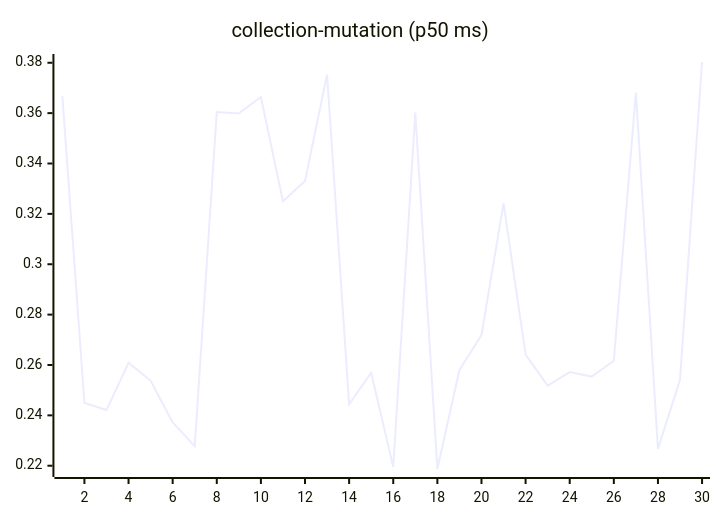
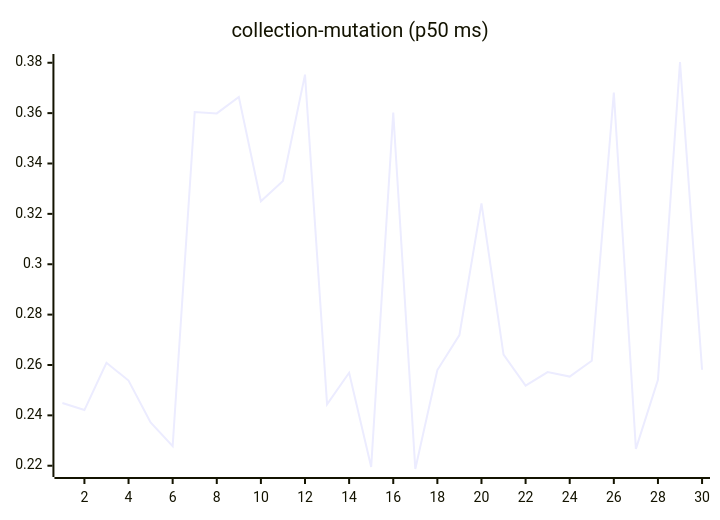
Before and after one commit to josha/Facet: the sixth of 27 diagrams in README.md, drawn with Mermaid. The commit also changed other lines of this file and 2 other files, not shown here.

````diff
--- a/README.md
+++ b/README.md
@@ -98,6 +98,6 @@
 ```mermaid
 xychart-beta
     title "collection-mutation (p50 ms)"
     x-axis 1 --> 30
-    line [0.3667, 0.2449, 0.2421, 0.2609, 0.2538, 0.2372, 0.2278, 0.3604, 0.3599, 0.3664, 0.3250, 0.3331, 0.3753, 0.2444, 0.2569, 0.2195, 0.3602, 0.2187, 0.2580, 0.2719, 0.3242, 0.2641, 0.2518, 0.2572, 0.2554, 0.2617, 0.3682, 0.2267, 0.2541, 0.3803]
+    line [0.2449, 0.2421, 0.2609, 0.2538, 0.2372, 0.2278, 0.3604, 0.3599, 0.3664, 0.3250, 0.3331, 0.3753, 0.2444, 0.2569, 0.2195, 0.3602, 0.2187, 0.2580, 0.2719, 0.3242, 0.2641, 0.2518, 0.2572, 0.2554, 0.2617, 0.3682, 0.2267, 0.2541, 0.3803, 0.2581]
 ```
````
